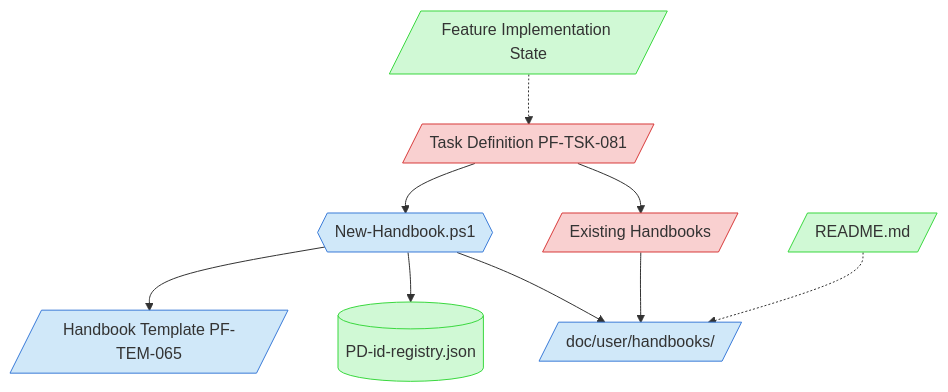
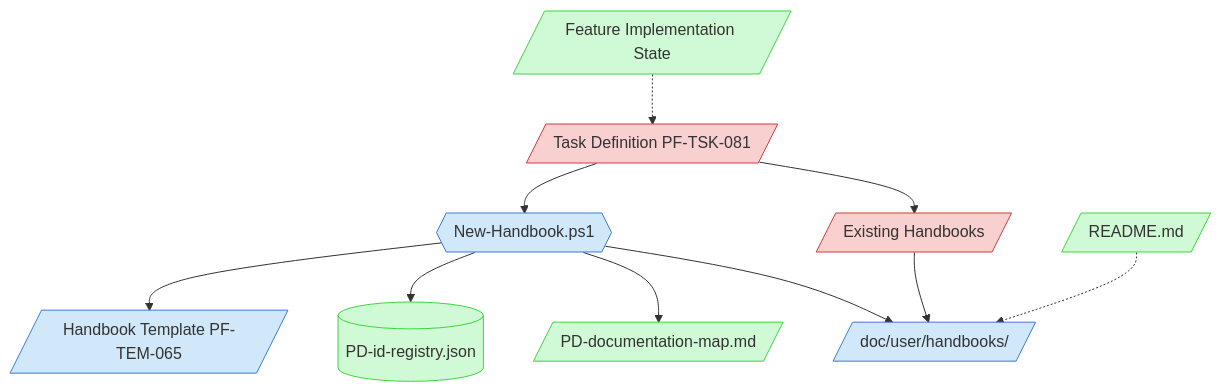
One commit to Abtomation/LinkWatcher changed the diagram in process-framework/visualization/context-maps/07-deployment/user-documentation-creation-map.md. Above: the diagram before and after it, drawn with Mermaid. The commit also changed other lines of this file and 354 other files, not shown here.

````diff
--- a/process-framework/visualization/context-maps/07-deployment/user-documentation-creation-map.md
+++ b/process-framework/visualization/context-maps/07-deployment/user-documentation-creation-map.md
@@ -18,19 +18,20 @@
 ```mermaid
 graph TD
     classDef critical fill:#f9d0d0,stroke:#d83a3a
     classDef important fill:#d0e8f9,stroke:#3a7bd8
     classDef reference fill:#d0f9d5,stroke:#3ad83f
 
     TaskDef[/Task Definition PF-TSK-081/] --> HandbookScript{{New-Handbook.ps1}}
     TaskDef --> ExistingHandbooks[/Existing Handbooks/]
     HandbookScript --> Template[/Handbook Template PF-TEM-065/]
     HandbookScript --> IdRegistry[(PD-id-registry.json)]
+    HandbookScript --> DocMap[/PD-documentation-map.md/]
     HandbookScript --> OutputDir[/doc/user/handbooks//]
     ExistingHandbooks --> OutputDir
     FeatureState[/Feature Implementation State/] -.-> TaskDef
     README[/README.md/] -.-> OutputDir
 
     class TaskDef,ExistingHandbooks critical
     class HandbookScript,Template,OutputDir important
-    class FeatureState,IdRegistry,README reference
+    class FeatureState,IdRegistry,DocMap,README reference
 ```
````
